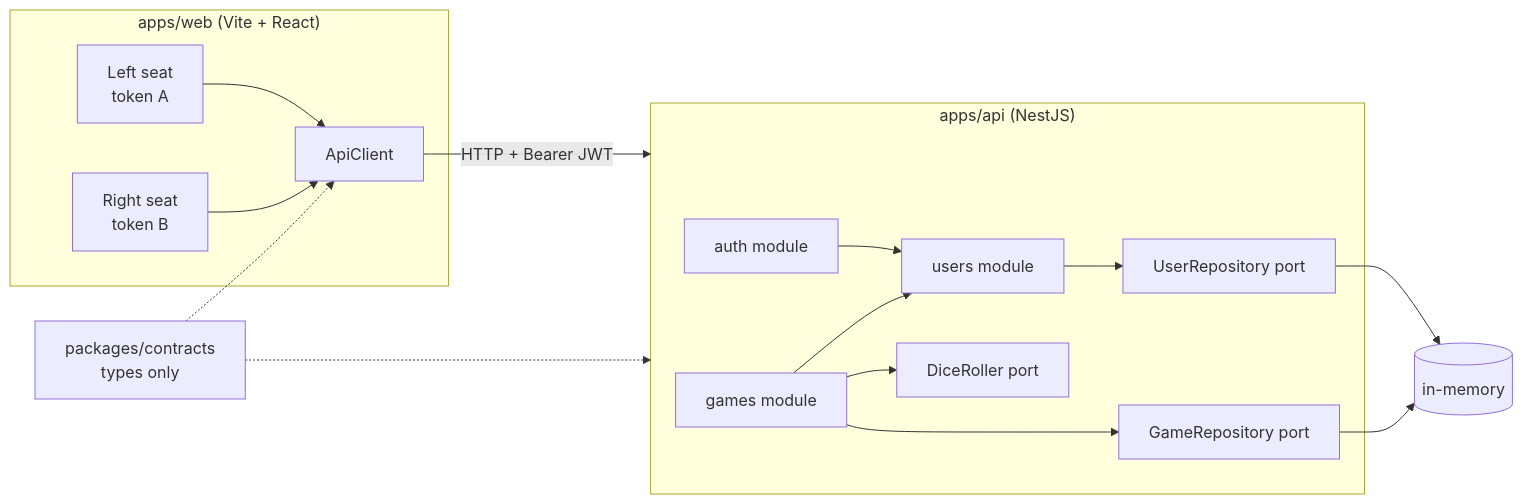
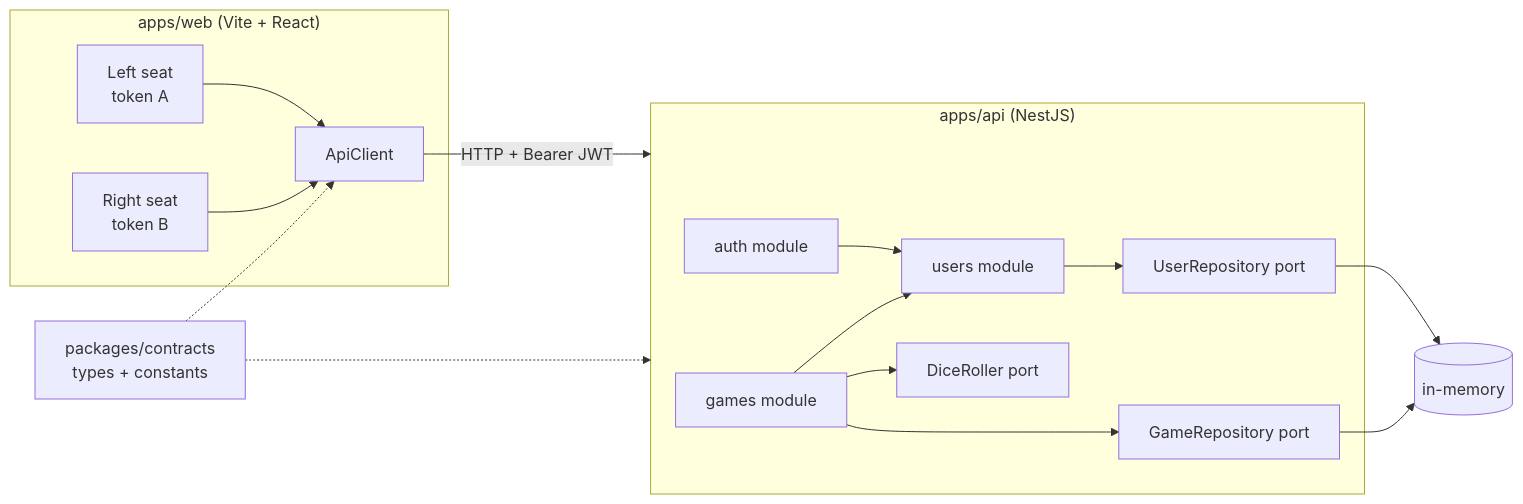
The diagram in docs/architecture.md (Basiliskin/roeto-assignment), drawn with Mermaid before and after one commit. The commit also changed other lines of this file and 25 other files, not shown here.

First line of the commit message:
Add web shell: API client, seat session, login flow; build contracts for Node

````diff
--- a/docs/architecture.md
+++ b/docs/architecture.md
@@ -7,19 +7,19 @@
 ```mermaid
 flowchart LR
   subgraph Browser["apps/web (Vite + React)"]
     L[Left seat<br/>token A] --> C[ApiClient]
     R[Right seat<br/>token B] --> C
   end
   C -- "HTTP + Bearer JWT" --> API
   subgraph API["apps/api (NestJS)"]
     AUTH[auth module] --> USERS[users module]
     GAMES[games module] --> USERS
     GAMES --> DR[DiceRoller port]
     GAMES --> GR[GameRepository port]
     USERS --> UR[UserRepository port]
   end
   GR --> MEM[(in-memory)]
   UR --> MEM
-  CT[packages/contracts<br/>types only] -.-> C
+  CT[packages/contracts<br/>types + constants] -.-> C
   CT -.-> API
 ```
````
